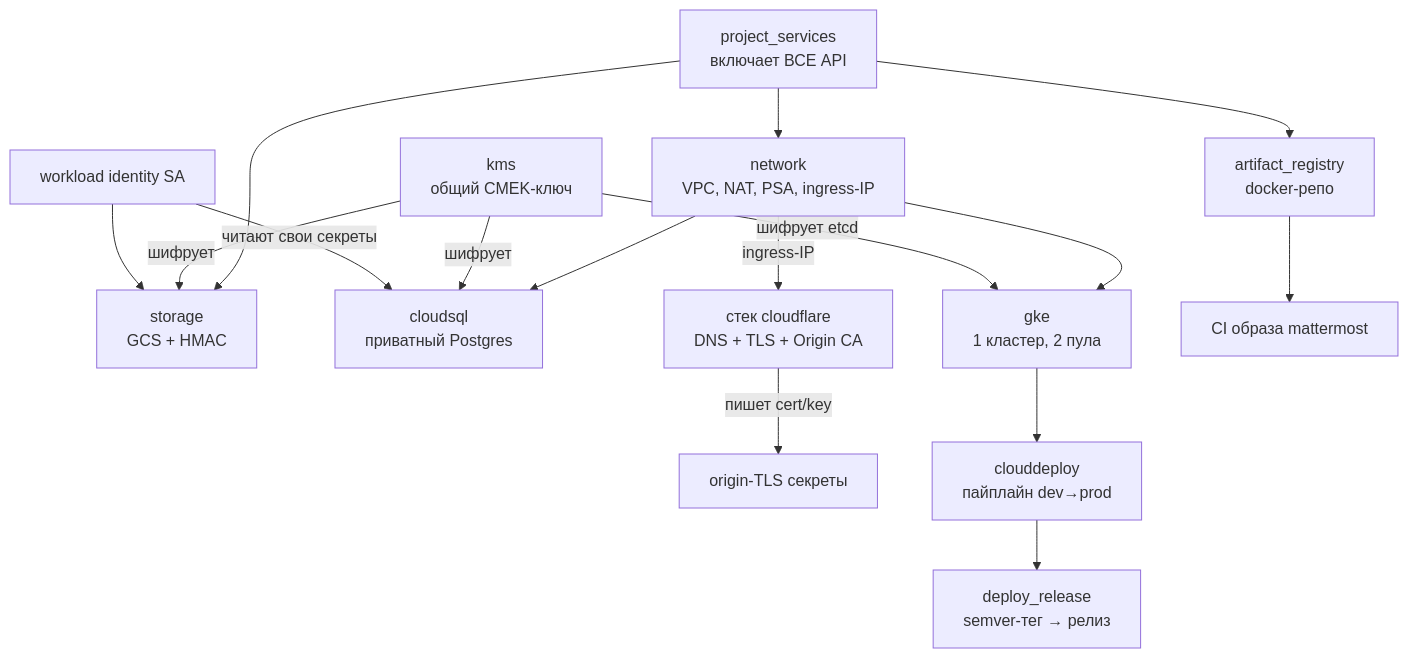
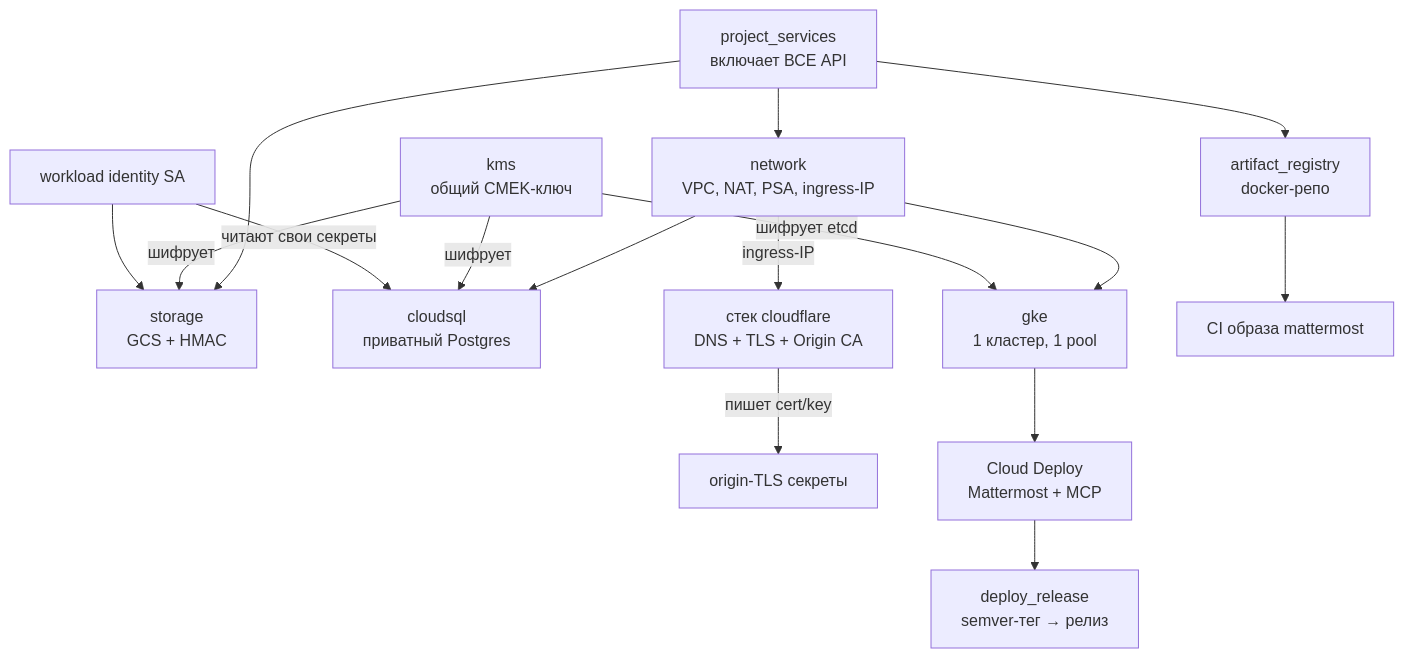
Before and after one commit to pilprod/yourown-chat: the second of 2 diagrams in README.ru.md, drawn with Mermaid. The commit also changed other lines of this file and 63 other files, not shown here.

First line of the commit message:
feat(mattermost): add service accounts and values for dev and prod environments

````diff
--- a/README.ru.md
+++ b/README.ru.md
@@ -61,18 +61,18 @@
 ```mermaid
 graph TD
   PS[project_services<br/>включает ВСЕ API] --> NET[network<br/>VPC, NAT, PSA, ingress-IP]
   PS --> STO[storage<br/>GCS + HMAC]
   PS --> AR[artifact_registry<br/>docker-репо]
   NET --> SQL[cloudsql<br/>приватный Postgres]
-  NET --> GKE[gke<br/>1 кластер, 2 пула]
+  NET --> GKE[gke<br/>1 кластер, 1 pool]
   KMS[kms<br/>общий CMEK-ключ] -->|шифрует| SQL
   KMS -->|шифрует| STO
   KMS -->|шифрует etcd| GKE
   WI[workload identity SA] -->|читают свои секреты| SQL
   WI --> STO
   NET -->|ingress-IP| CF[стек cloudflare<br/>DNS + TLS + Origin CA]
   CF -->|пишет cert/key| OSEC[origin-TLS секреты]
-  GKE --> CD[clouddeploy<br/>пайплайн dev→prod]
+  GKE --> CD[Cloud Deploy<br/>Mattermost + MCP]
   AR --> IMG[CI образа mattermost]
   CD --> DR[deploy_release<br/>semver-тег → релиз]
 ```
````
